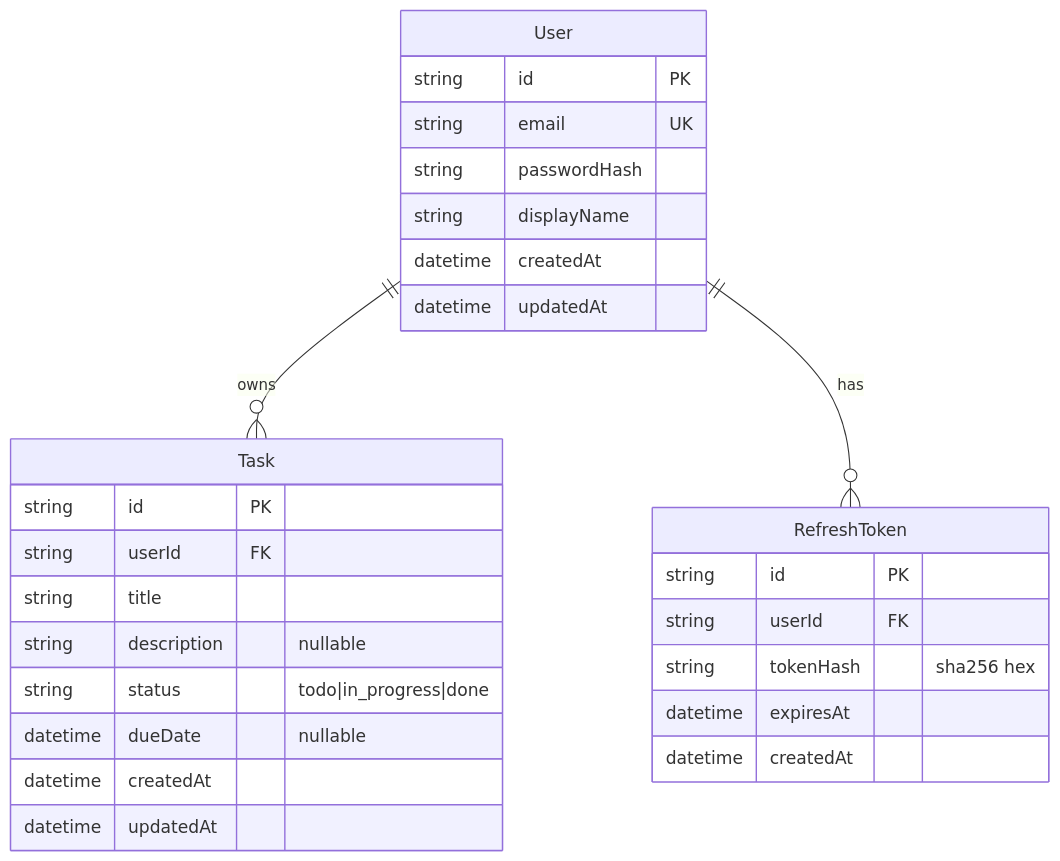
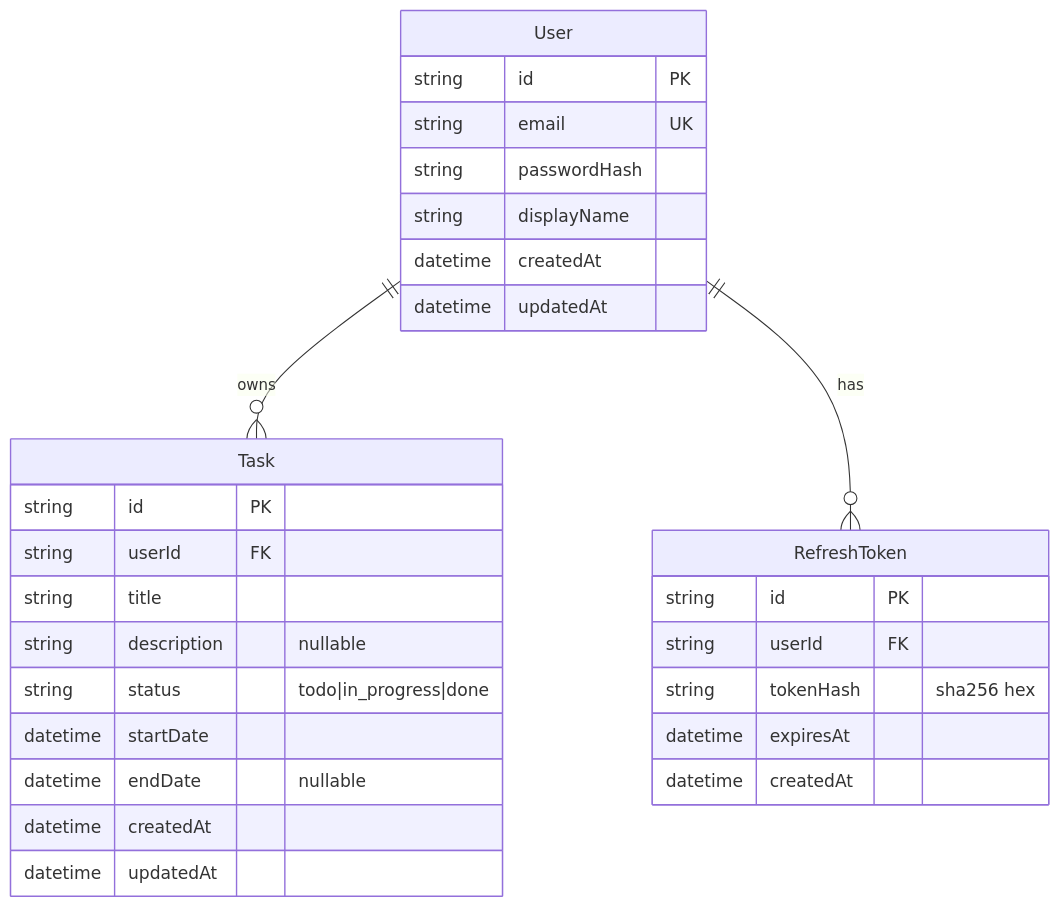
One commit to kojikawazu/nuxtjs-nestjs-arch-practice changed the diagram in docs/05-data-specification.md. Above: the diagram before and after it, drawn with Mermaid. The commit also changed other lines of this file and 19 other files, not shown here.

````diff
--- a/docs/05-data-specification.md
+++ b/docs/05-data-specification.md
@@ -15,31 +15,32 @@
 ```mermaid
 erDiagram
   User ||--o{ Task : owns
   User ||--o{ RefreshToken : has
 
   User {
     string id PK
     string email UK
     string passwordHash
     string displayName
     datetime createdAt
     datetime updatedAt
   }
   Task {
     string id PK
     string userId FK
     string title
     string description "nullable"
     string status "todo|in_progress|done"
-    datetime dueDate "nullable"
+    datetime startDate
+    datetime endDate "nullable"
     datetime createdAt
     datetime updatedAt
   }
   RefreshToken {
     string id PK
     string userId FK
     string tokenHash "sha256 hex"
     datetime expiresAt
     datetime createdAt
   }
 ```
````
